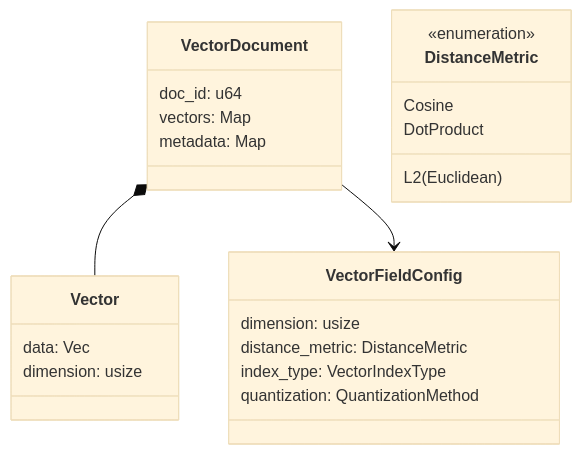
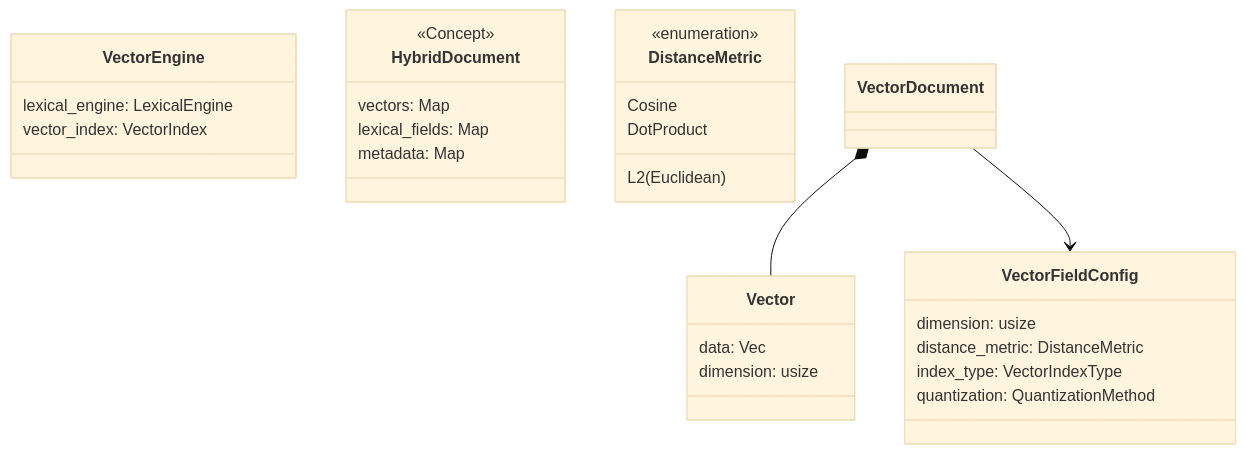
One commit to mosuka/iris changed the first of 4 diagrams in docs/src/concepts/vector_search.md. Above: the diagram before and after it, drawn with Mermaid (base theme). The commit also changed other lines of this file and 5 other files, not shown here.

````diff
--- a/docs/src/concepts/vector_search.md
+++ b/docs/src/concepts/vector_search.md
@@ -8,30 +9,36 @@
 ```mermaid
 classDiagram
-    class VectorDocument {
-        doc_id: u64
+    class VectorEngine {
+        lexical_engine: LexicalEngine
+        vector_index: VectorIndex
+    }
+
+    class HybridDocument {
+        <<Concept>>
         vectors: Map<String, Vector>
+        lexical_fields: Map<String, Field>
         metadata: Map<String, String>
     }
 
     class Vector {
         data: Vec<f32>
         dimension: usize
     }
 
     class VectorFieldConfig {
         dimension: usize
         distance_metric: DistanceMetric
         index_type: VectorIndexType
         quantization: QuantizationMethod
     }
 
     class DistanceMetric {
         <<enumeration>>
         Cosine
         L2 (Euclidean)
         DotProduct
     }
 
     VectorDocument *-- Vector
     VectorDocument --> VectorFieldConfig
 ```
````
